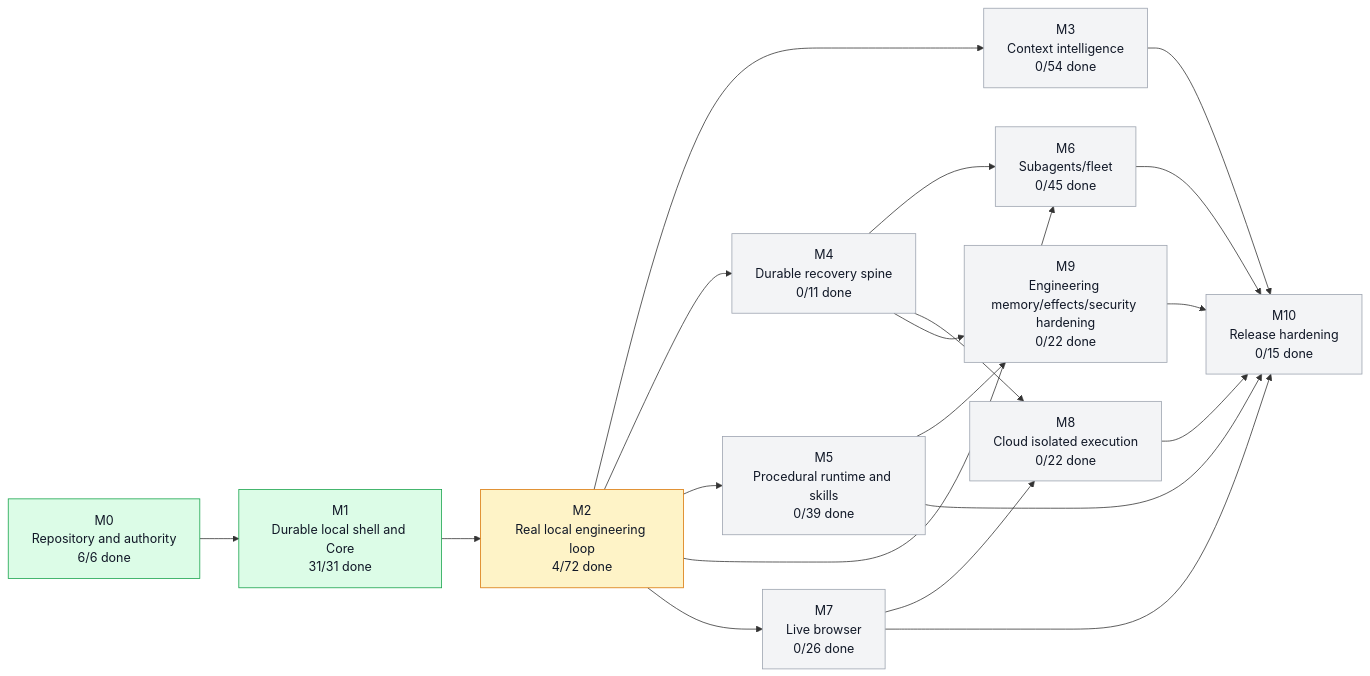
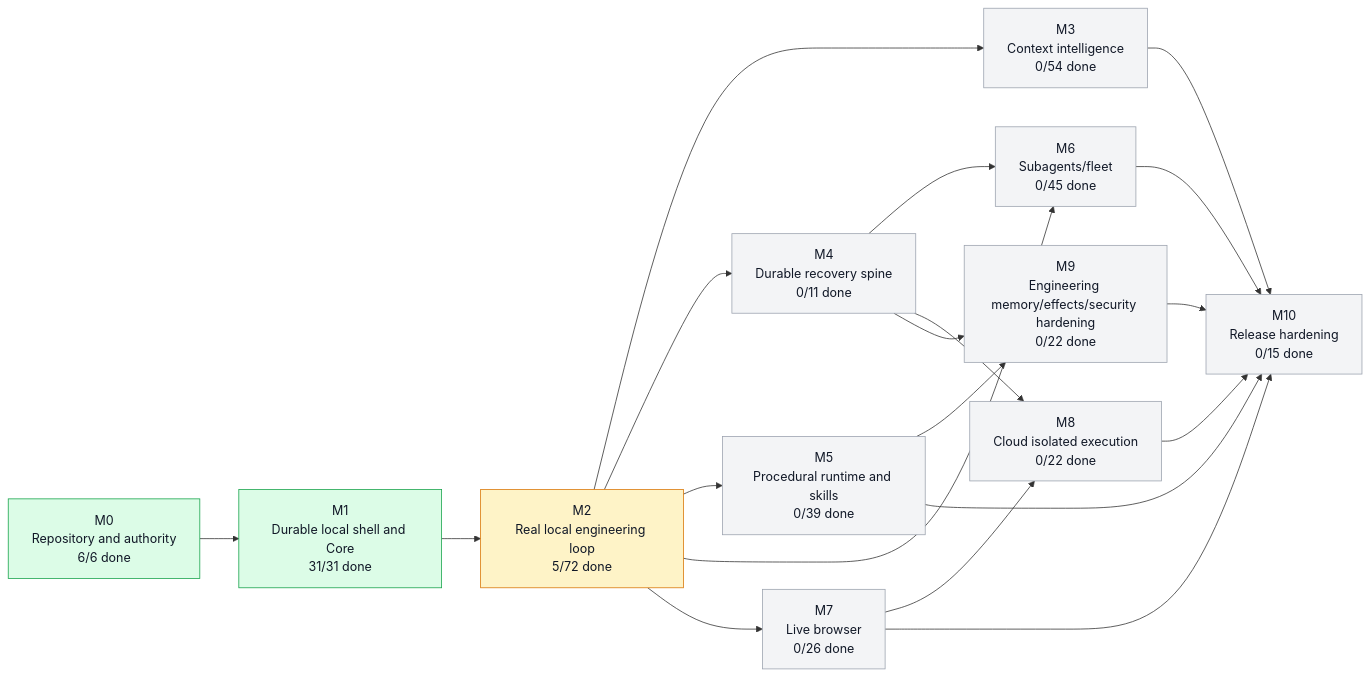
One commit to moss101/zmodbit changed the first of 3 diagrams in graph/PROJECT_GRAPH.md. Above: the diagram before and after it, drawn with Mermaid. The commit also changed other lines of this file and 3 other files, not shown here.

````diff
--- a/graph/PROJECT_GRAPH.md
+++ b/graph/PROJECT_GRAPH.md
@@ -43,43 +43,43 @@
 ```mermaid
 flowchart LR
   M0["M0<br/>Repository and authority<br/>6/6 done"]
   M1["M1<br/>Durable local shell and Core<br/>31/31 done"]
-  M2["M2<br/>Real local engineering loop<br/>4/72 done"]
+  M2["M2<br/>Real local engineering loop<br/>5/72 done"]
   M3["M3<br/>Context intelligence<br/>0/54 done"]
   M4["M4<br/>Durable recovery spine<br/>0/11 done"]
   M5["M5<br/>Procedural runtime and skills<br/>0/39 done"]
   M6["M6<br/>Subagents/fleet<br/>0/45 done"]
   M7["M7<br/>Live browser<br/>0/26 done"]
   M8["M8<br/>Cloud isolated execution<br/>0/22 done"]
   M9["M9<br/>Engineering memory/effects/security hardening<br/>0/22 done"]
   M10["M10<br/>Release hardening<br/>0/15 done"]
   M0 --> M1
   M1 --> M2
   M2 --> M3
   M2 --> M4
   M2 --> M5
   M2 --> M6
   M4 --> M6
   M2 --> M7
   M4 --> M8
   M7 --> M8
   M4 --> M9
   M5 --> M9
   M3 --> M10
   M5 --> M10
   M6 --> M10
   M7 --> M10
   M8 --> M10
   M9 --> M10
   style M0 fill:#dcfce7,stroke:#16a34a,color:#111827
   style M1 fill:#dcfce7,stroke:#16a34a,color:#111827
   style M2 fill:#fef3c7,stroke:#d97706,color:#111827
   style M3 fill:#f3f4f6,stroke:#9ca3af,color:#111827
   style M4 fill:#f3f4f6,stroke:#9ca3af,color:#111827
   style M5 fill:#f3f4f6,stroke:#9ca3af,color:#111827
   style M6 fill:#f3f4f6,stroke:#9ca3af,color:#111827
   style M7 fill:#f3f4f6,stroke:#9ca3af,color:#111827
   style M8 fill:#f3f4f6,stroke:#9ca3af,color:#111827
   style M9 fill:#f3f4f6,stroke:#9ca3af,color:#111827
   style M10 fill:#f3f4f6,stroke:#9ca3af,color:#111827
 ```
````
